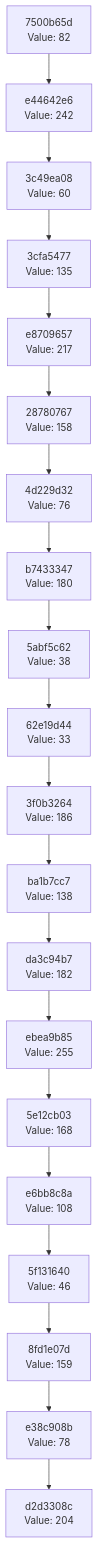
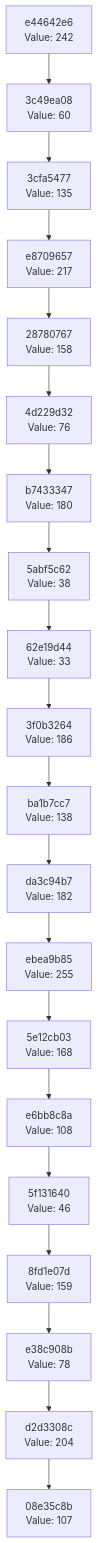
Before and after one commit to Abhisheksinha1506/hash-chain-evolver: the diagram in docs/CHAIN_VISUALIZATION.md, drawn with Mermaid. The commit also changed 2 other files, not shown here.

Commit message:
Evolution step: hash 0x6B → action executed

````diff
--- a/docs/CHAIN_VISUALIZATION.md
+++ b/docs/CHAIN_VISUALIZATION.md
@@ -3,42 +3,42 @@
 ```mermaid
 graph TD
-    C0["d2d3308c<br/>Value: 204"]
-    C1["e38c908b<br/>Value: 78"]
+    C0["08e35c8b<br/>Value: 107"]
+    C1["d2d3308c<br/>Value: 204"]
     C1 --> C0
-    C2["8fd1e07d<br/>Value: 159"]
+    C2["e38c908b<br/>Value: 78"]
     C2 --> C1
-    C3["5f131640<br/>Value: 46"]
+    C3["8fd1e07d<br/>Value: 159"]
     C3 --> C2
-    C4["e6bb8c8a<br/>Value: 108"]
+    C4["5f131640<br/>Value: 46"]
     C4 --> C3
-    C5["5e12cb03<br/>Value: 168"]
+    C5["e6bb8c8a<br/>Value: 108"]
     C5 --> C4
-    C6["ebea9b85<br/>Value: 255"]
+    C6["5e12cb03<br/>Value: 168"]
     C6 --> C5
-    C7["da3c94b7<br/>Value: 182"]
+    C7["ebea9b85<br/>Value: 255"]
     C7 --> C6
-    C8["ba1b7cc7<br/>Value: 138"]
+    C8["da3c94b7<br/>Value: 182"]
     C8 --> C7
-    C9["3f0b3264<br/>Value: 186"]
+    C9["ba1b7cc7<br/>Value: 138"]
     C9 --> C8
-    C10["62e19d44<br/>Value: 33"]
+    C10["3f0b3264<br/>Value: 186"]
     C10 --> C9
-    C11["5abf5c62<br/>Value: 38"]
+    C11["62e19d44<br/>Value: 33"]
     C11 --> C10
-    C12["b7433347<br/>Value: 180"]
+    C12["5abf5c62<br/>Value: 38"]
     C12 --> C11
-    C13["4d229d32<br/>Value: 76"]
+    C13["b7433347<br/>Value: 180"]
     C13 --> C12
-    C14["28780767<br/>Value: 158"]
+    C14["4d229d32<br/>Value: 76"]
     C14 --> C13
-    C15["e8709657<br/>Value: 217"]
+    C15["28780767<br/>Value: 158"]
     C15 --> C14
-    C16["3cfa5477<br/>Value: 135"]
+    C16["e8709657<br/>Value: 217"]
     C16 --> C15
-    C17["3c49ea08<br/>Value: 60"]
+    C17["3cfa5477<br/>Value: 135"]
     C17 --> C16
-    C18["e44642e6<br/>Value: 242"]
+    C18["3c49ea08<br/>Value: 60"]
     C18 --> C17
-    C19["7500b65d<br/>Value: 82"]
+    C19["e44642e6<br/>Value: 242"]
     C19 --> C18
 ```
````
